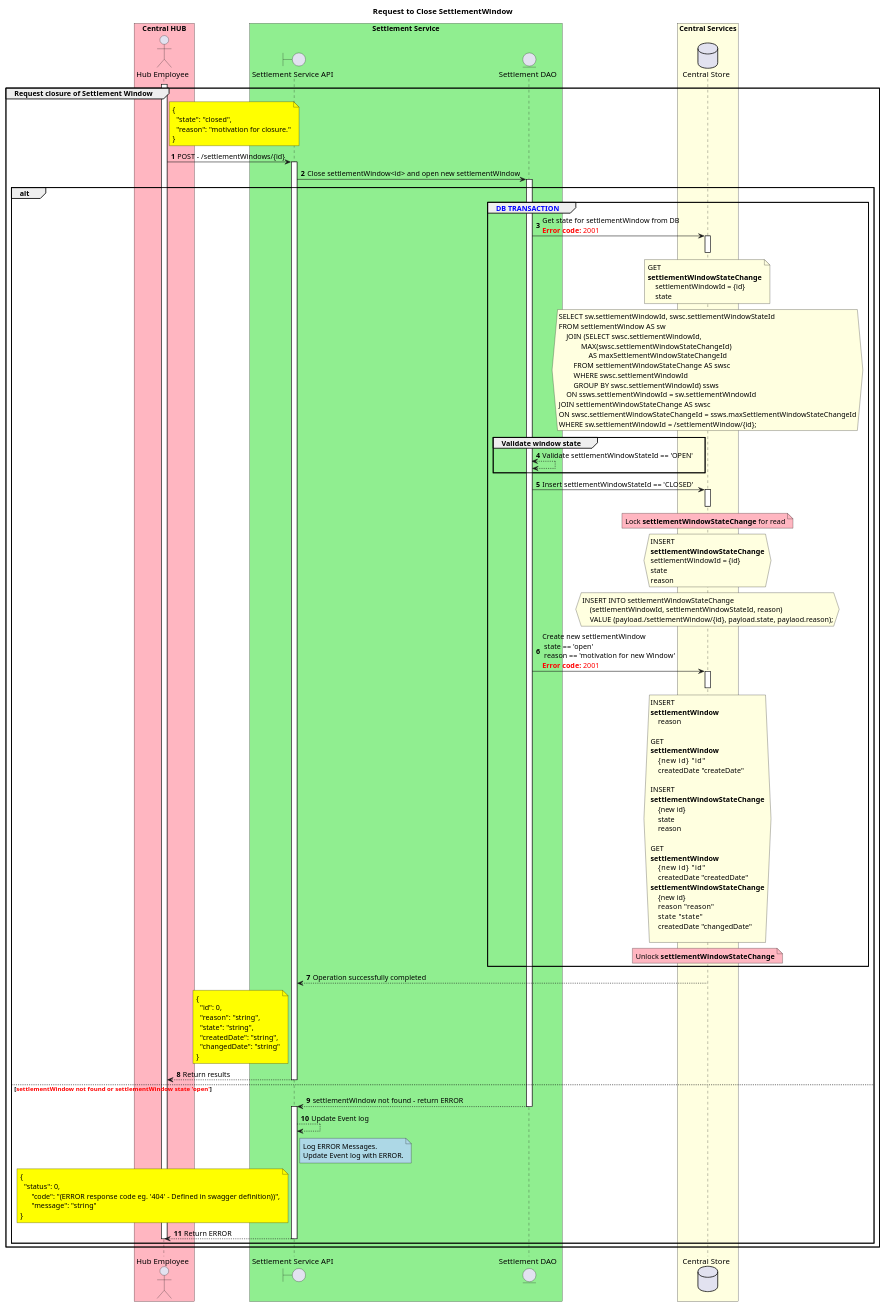
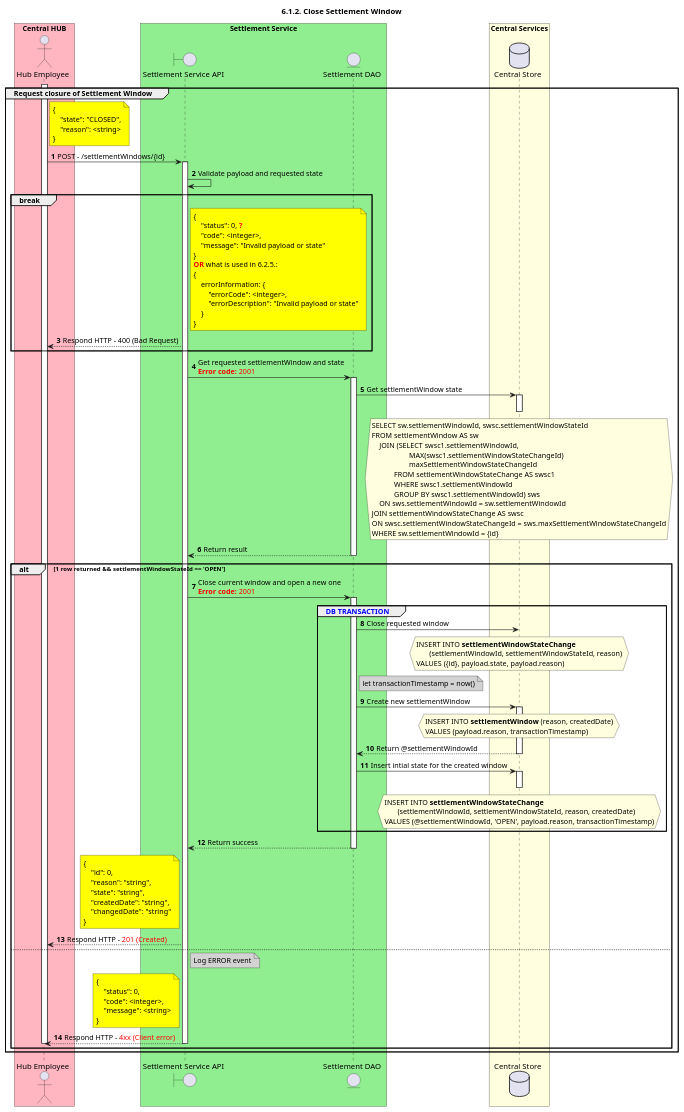
The diagram in CentralServices/seq_diagrams/seq-settleWindow-6.1.2.plantuml (HenkKodde/docs), drawn with PlantUML before and after one commit. The commit also changed 1 other file, not shown here.

```diff
--- a/CentralServices/seq_diagrams/seq-settleWindow-6.1.2.plantuml
+++ b/CentralServices/seq_diagrams/seq-settleWindow-6.1.2.plantuml
@@ -1,168 +1,142 @@
 @startuml
 ' declate title
-title Request to Close SettlementWindow
-'title 6.1.2. closeSettlementWindow POST: /settlementWindows
+title 6.1.2. Close Settlement Window
 
 autonumber
 
 ' declare actors
 actor "Hub Employee" as OPERATOR
-
 boundary "Settlement Service API" as SSAPI
 entity "Settlement DAO" as SETTLE_DAO
-
 database "Central Store" as DB
 
 box "Central HUB" #LightPink
     participant OPERATOR
 end box
 
 box "Settlement Service" #LightGreen
     participant SSAPI
     participant SETTLE_DAO
 end box
 
 box "Central Services" #LightYellow
     participant DB
 end box
 
 ' start flow
 group Request closure of Settlement Window
     activate OPERATOR
     note right of OPERATOR #Yellow
         {
-          "state": "closed",
-          "reason": "motivation for closure."
+            "state": "CLOSED",
+            "reason": <string>
         }
     end note
+
     OPERATOR -> SSAPI: POST - /settlementWindows/{id}
     activate SSAPI
-    SSAPI -> SETTLE_DAO: Close settlementWindow<id> and open new settlementWindow
+    SSAPI -> SSAPI: Validate payload and requested state
+    break
+        note right of SSAPI #yellow
+            {
+                "status": 0, <color #FF0000>**?**</color>
+                "code": <integer>,
+                "message": "Invalid payload or state"
+            }
+            <color #FF0000>**OR**</color> what is used in 6.2.5.:
+            {
+                errorInformation: {
+                    "errorCode": <integer>,
+                    "errorDescription": "Invalid payload or state"
+                }
+            }
+        end note
+        OPERATOR <-- SSAPI: Respond HTTP - 400 (Bad Request)
+    end
+    SSAPI -> SETTLE_DAO: Get requested settlementWindow and state\n<color #FF0000><b>Error code:</b> 2001</color>
     activate SETTLE_DAO
-    alt
+    SETTLE_DAO -> DB: Get settlementWindow state
+    activate DB
+    hnote over DB #lightyellow
+        SELECT sw.settlementWindowId, swsc.settlementWindowStateId
+        FROM settlementWindow AS sw
+            JOIN (SELECT swsc1.settlementWindowId, 
+                            MAX(swsc1.settlementWindowStateChangeId)
+                            maxSettlementWindowStateChangeId
+                    FROM settlementWindowStateChange AS swsc1
+                    WHERE swsc1.settlementWindowId
+                    GROUP BY swsc1.settlementWindowId) sws
+            ON sws.settlementWindowId = sw.settlementWindowId
+        JOIN settlementWindowStateChange AS swsc
+        ON swsc.settlementWindowStateChangeId = sws.maxSettlementWindowStateChangeId
+        WHERE sw.settlementWindowId = {id}
+    end hnote
+    deactivate DB
+    SETTLE_DAO --> SSAPI: Return result
+    deactivate SETTLE_DAO
+
+    alt 1 row returned && settlementWindowStateId == 'OPEN'
+        SSAPI -> SETTLE_DAO: Close current window and open a new one\n<color #FF0000><b>Error code:</b> 2001</color>
+        activate SETTLE_DAO
         group <color #blue>DB TRANSACTION</color>
-            SETTLE_DAO -> DB: Get state for settlementWindow from DB \n<color #FF0000><b>Error code:</b> 2001</color>
-            activate DB
-            note over DB #LightYellow
-                GET
-                **settlementWindowStateChange**
-                    settlementWindowId = {id}
-                    state
-            end note
+            SETTLE_DAO -> DB: Close requested window
             hnote over DB #LightYellow
-                SELECT sw.settlementWindowId, swsc.settlementWindowStateId
-                FROM settlementWindow AS sw
-                    JOIN (SELECT swsc.settlementWindowId,
-                            MAX(swsc.settlementWindowStateChangeId)
-                                AS maxSettlementWindowStateChangeId
-                        FROM settlementWindowStateChange AS swsc
-                        WHERE swsc.settlementWindowId
-                        GROUP BY swsc.settlementWindowId) ssws
-                    ON ssws.settlementWindowId = sw.settlementWindowId
-                JOIN settlementWindowStateChange AS swsc
-                ON swsc.settlementWindowStateChangeId = ssws.maxSettlementWindowStateChangeId
-                WHERE sw.settlementWindowId = /settlementWindow/{id};
+                INSERT INTO **settlementWindowStateChange**
+                       (settlementWindowId, settlementWindowStateId, reason)
+                VALUES ({id}, payload.state, payload.reason)
             end hnote
             deactivate DB
-            group Validate window state
-                SETTLE_DAO <--> SETTLE_DAO: Validate settlementWindowStateId == 'OPEN'
-            end
-            SETTLE_DAO -> DB: Insert settlementWindowStateId == 'CLOSED'
-            note over DB #Lightpink
-                Lock **settlementWindowStateChange** for read
+
+            note right of SETTLE_DAO #lightgray
+                let transactionTimestamp = now()
             end note
+
+            SETTLE_DAO -> DB: Create new settlementWindow
             activate DB
-            hnote over DB #LightYellow
-                INSERT
-                **settlementWindowStateChange**
-                settlementWindowId = {id}
-                state
-                reason
-            end hnote
-            hnote over DB #LightYellow
-                INSERT INTO settlementWindowStateChange
-                    (settlementWindowId, settlementWindowStateId, reason)
-                    VALUE (payload./settlementWindow/{id}, payload.state, paylaod.reason);
-            end hnote
+            hnote over DB #lightyellow
+                INSERT INTO **settlementWindow** (reason, createdDate)
+                VALUES (payload.reason, transactionTimestamp)
+            end note
+            SETTLE_DAO <-- DB: Return @settlementWindowId
             deactivate DB
-            SETTLE_DAO -> DB: Create new settlementWindow \n state == 'open'\n reason == 'motivation for new Window' \n<color #FF0000><b>Error code:</b> 2001</color>
+
+            SETTLE_DAO -> DB: Insert intial state for the created window
             activate DB
-            hnote over DB #LightYellow
-                INSERT
-                **settlementWindow**
-                    reason
+            hnote over DB #lightyellow
+                INSERT INTO **settlementWindowStateChange**
+                       (settlementWindowId, settlementWindowStateId, reason, createdDate)
+                VALUES (@settlementWindowId, 'OPEN', payload.reason, transactionTimestamp)
+            end note
+            deactivate DB
+            deactivate DB
+        end
+        SSAPI <-- SETTLE_DAO: Return success
+        deactivate SETTLE_DAO
 
-                GET
-                **settlementWindow**
-                    {new id}    "id"
-                    createdDate "createDate"
-
-                INSERT
-                **settlementWindowStateChange**
-                    {new id}
-                    state
-                    reason
-
-                GET
-                **settlementWindow**
-                    {new id}    "id"
-                    createdDate "createdDate"
-                **settlementWindowStateChange**
-                    {new id}
-                    reason  "reason"
-                    state   "state"
-                    createdDate "changedDate"
-
-'                INSERT INTO **settlementWindow**
-'                    (reason)
-'                    VALUE (payload.reason);
-'
-'                SELECT MAX(settlementWindowId) AS nsw
-'                FROM **settlementWindow**
-'                GROUP BY settlementWindowId
-'                ORDER BY settlementWindowId DESC LIMIT 1;
-'
-'                INSERT INTO **settlementWindowStateChange**
-'                    (settlementWindowId, settlementWindowStateId, reason)
-'                    VALUE (nsw, 'OPEN', {reason});
-            end hnote
-            deactivate DB
-            note over DB #Lightpink
-            Unlock **settlementWindowStateChange**
-            end note
-        end
-        SSAPI <-- DB: Operation successfully completed
-        note left of SSAPI #Yellow
-        {
-          "id": 0,
-          "reason": "string",
-          "state": "string",
-          "createdDate": "string",
-          "changedDate": "string"
-        }
+        note left of SSAPI #yellow
+            {
+                "id": 0,
+                "reason": "string",
+                "state": "string",
+                "createdDate": "string",
+                "changedDate": "string"
+            }
         end note
-        OPERATOR <-- SSAPI: Return results
-        deactivate SSAPI
-    else <color #FF0000><b>settlementWindow not found or settlementWindow state 'open'</b></color>
-
-        SSAPI <-- SETTLE_DAO: settlementWindow not found - return ERROR
-        deactivate SETTLE_DAO
-        activate SSAPI
-        SSAPI --> SSAPI: Update Event log
-        note right of SSAPI #LightBlue
-        Log ERROR Messages.
-        Update Event log with ERROR.
+        OPERATOR <-- SSAPI: Respond HTTP - <color #FF0000>201 (Created)</color>
+    else
+        note right of SSAPI #lightgray
+            Log ERROR event
         end note
-        note left of SSAPI #Yellow
-        {
-          "status": 0,
-              "code": "(ERROR response code eg. '404' - Defined in swagger definition))",
-              "message": "string"
-        }
+        note left of SSAPI #yellow
+            {
+                "status": 0,
+                "code": <integer>,
+                "message": <string>
+            }
         end note
-        OPERATOR <-- SSAPI: Return ERROR
+        OPERATOR <-- SSAPI: Respond HTTP - <color #FF0000>4xx (Client error)</color>
         deactivate SSAPI
         deactivate OPERATOR
     end
 end
 @enduml
```
